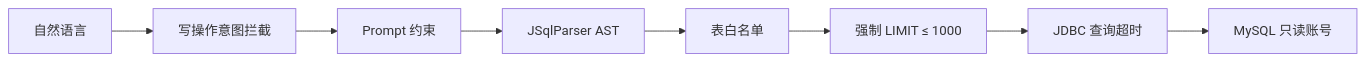
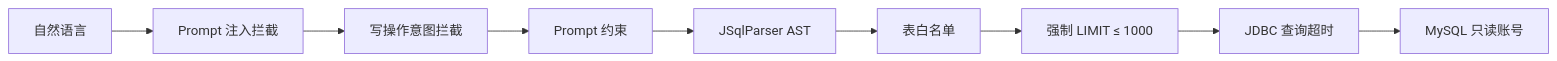
Before and after one commit to Bichuan/1-mysql-ai-analyst-ai-business: the second of 3 diagrams in docs/architecture.md, drawn with Mermaid. The commit also changed other lines of this file and 17 other files, not shown here.

````diff
--- a/docs/architecture.md
+++ b/docs/architecture.md
@@ -70,10 +70,11 @@
 ```mermaid
 flowchart LR
-    Q[自然语言] --> I[写操作意图拦截]
+    Q[自然语言] --> J[Prompt 注入拦截]
+    J --> I[写操作意图拦截]
     I --> P[Prompt 约束]
     P --> AST[JSqlParser AST]
     AST --> W[表白名单]
     W --> L[强制 LIMIT ≤ 1000]
     L --> T[JDBC 查询超时]
     T --> RO[MySQL 只读账号]
 ```
````
